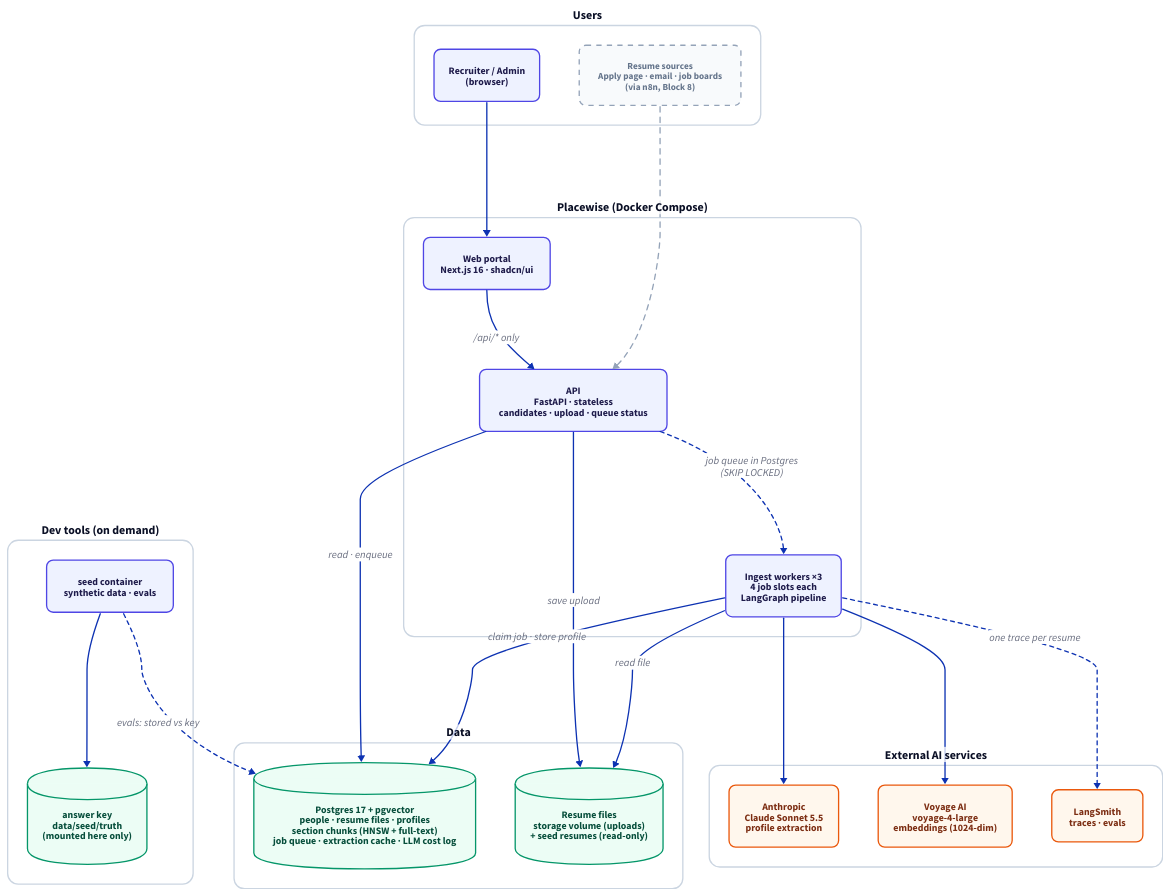
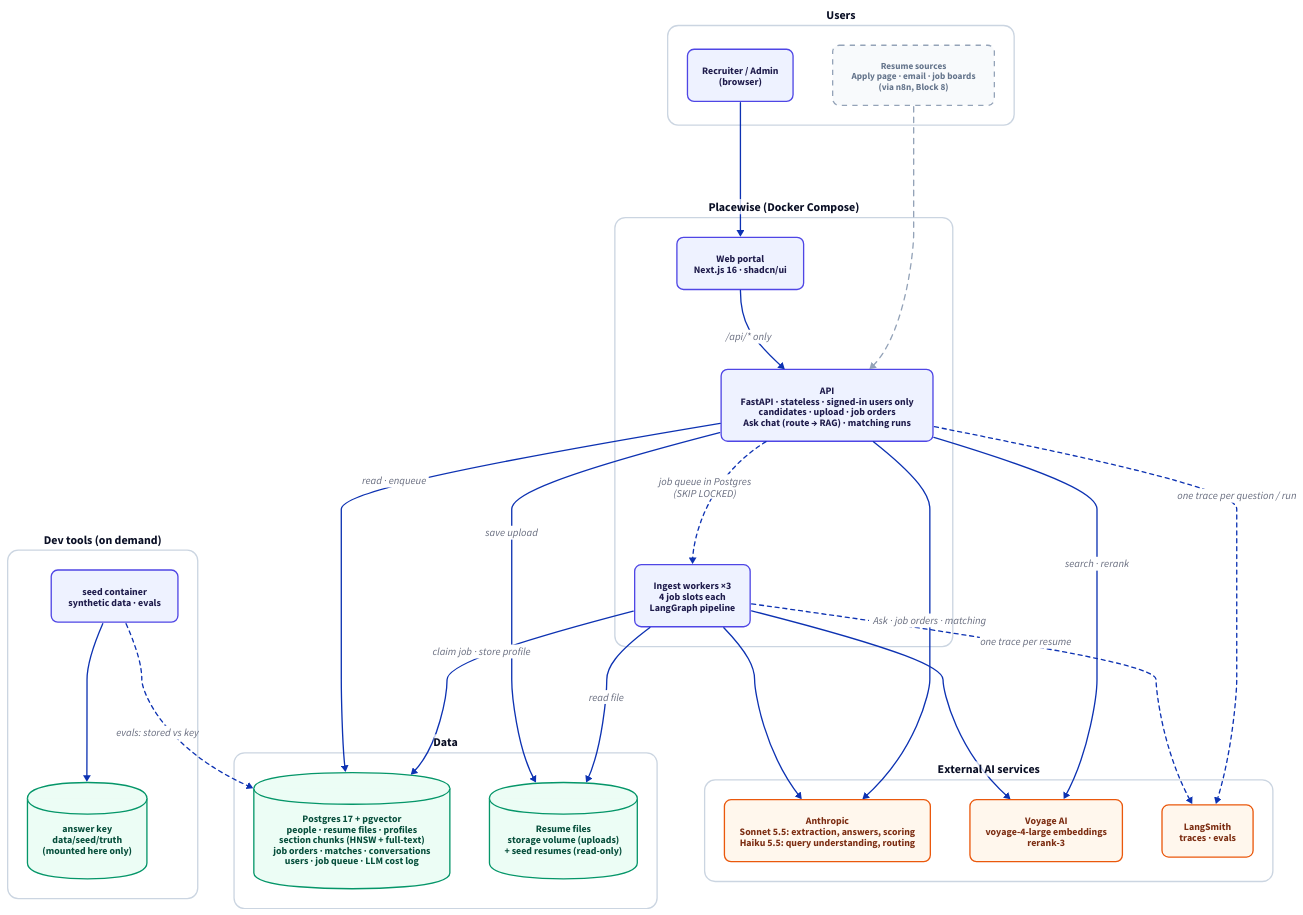
The diagram in docs/diagrams/src/architecture.d2 (bprakashputta/placewise), drawn with D2 before and after one commit. The commit also changed 6 other files, not shown here.

Commit message:
Diagrams: architecture updated (auth, Ask chat, matching, Haiku, rerank-3, API→AI calls); new portal data model (users, job orders, matches, conversations)

```diff
--- a/docs/diagrams/src/architecture.d2
+++ b/docs/diagrams/src/architecture.d2
@@ -1,57 +1,60 @@
 # Placewise system architecture (D2). Render: docker run ... terrastruct/d2:v0.7.1 --layout elk src/architecture.d2 architecture.svg
 vars: {d2-config: {theme-id: 0; pad: 30}}
 direction: down
 
 classes: {
   svc: {style: {fill: "#EEF2FF"; stroke: "#4F46E5"; border-radius: 10; font-color: "#1E1B4B"; stroke-width: 2; font-size: 15}}
   store: {shape: cylinder; style: {fill: "#ECFDF5"; stroke: "#059669"; font-color: "#064E3B"; stroke-width: 2; font-size: 15}}
   ext: {style: {fill: "#FFF7ED"; stroke: "#EA580C"; border-radius: 10; font-color: "#7C2D12"; stroke-width: 2; font-size: 15}}
   planned: {style: {fill: "#F8FAFC"; stroke: "#94A3B8"; stroke-dash: 4; border-radius: 10; font-color: "#64748B"; font-size: 14}}
   group: {style: {fill: "#FFFFFF"; stroke: "#CBD5E1"; border-radius: 16; font-size: 18; bold: true}}
 }
 
 users: Users {
   class: group
   recruiter: "Recruiter / Admin\n(browser)" {class: svc}
   sources: "Resume sources\nApply page · email · job boards\n(via n8n, Block 8)" {class: planned}
 }
 
 app: "Placewise (Docker Compose)" {
   class: group
   web: "Web portal\nNext.js 16 · shadcn/ui" {class: svc}
-  api: "API\nFastAPI · stateless\ncandidates · upload · queue status" {class: svc}
+  api: "API\nFastAPI · stateless · signed-in users only\ncandidates · upload · job orders\nAsk chat (route → RAG) · matching runs" {class: svc}
   worker: "Ingest workers ×3\n4 job slots each\nLangGraph pipeline" {class: svc}
   web -> api: "/api/* only"
   api -> worker: "job queue in Postgres\n(SKIP LOCKED)" {style.stroke-dash: 3}
 }
 
 data: Data {
   class: group
-  db: "Postgres 17 + pgvector\npeople · resume files · profiles\nsection chunks (HNSW + full-text)\njob queue · extraction cache · LLM cost log" {class: store}
+  db: "Postgres 17 + pgvector\npeople · resume files · profiles\nsection chunks (HNSW + full-text)\njob orders · matches · conversations\nusers · job queue · LLM cost log" {class: store}
   files: "Resume files\nstorage volume (uploads)\n+ seed resumes (read-only)" {class: store}
 }
 
 ai: "External AI services" {
   class: group
-  claude: "Anthropic\nClaude Sonnet 5.5\nprofile extraction" {class: ext}
-  voyage: "Voyage AI\nvoyage-4-large\nembeddings (1024-dim)" {class: ext}
+  claude: "Anthropic\nSonnet 5.5: extraction, answers, scoring\nHaiku 5.5: query understanding, routing" {class: ext}
+  voyage: "Voyage AI\nvoyage-4-large embeddings\nrerank-3" {class: ext}
   langsmith: "LangSmith\ntraces · evals" {class: ext}
 }
 
 dev: "Dev tools (on demand)" {
   class: group
   seed: "seed container\nsynthetic data · evals" {class: svc}
   truth: "answer key\ndata/seed/truth\n(mounted here only)" {class: store}
   seed -> truth
 }
 
 users.recruiter -> app.web
 users.sources -> app.api {class: planned; style.stroke-dash: 4}
 app.api -> data.db: "read · enqueue"
 app.api -> data.files: "save upload"
 app.worker -> data.db: "claim job · store profile"
 app.worker -> data.files: "read file"
 app.worker -> ai.claude
 app.worker -> ai.voyage
 app.worker -> ai.langsmith: "one trace per resume" {style.stroke-dash: 3}
+app.api -> ai.claude: "Ask · job orders · matching"
+app.api -> ai.voyage: "search · rerank"
+app.api -> ai.langsmith: "one trace per question / run" {style.stroke-dash: 3}
 dev.seed -> data.db: "evals: stored vs key" {style.stroke-dash: 3}
```
